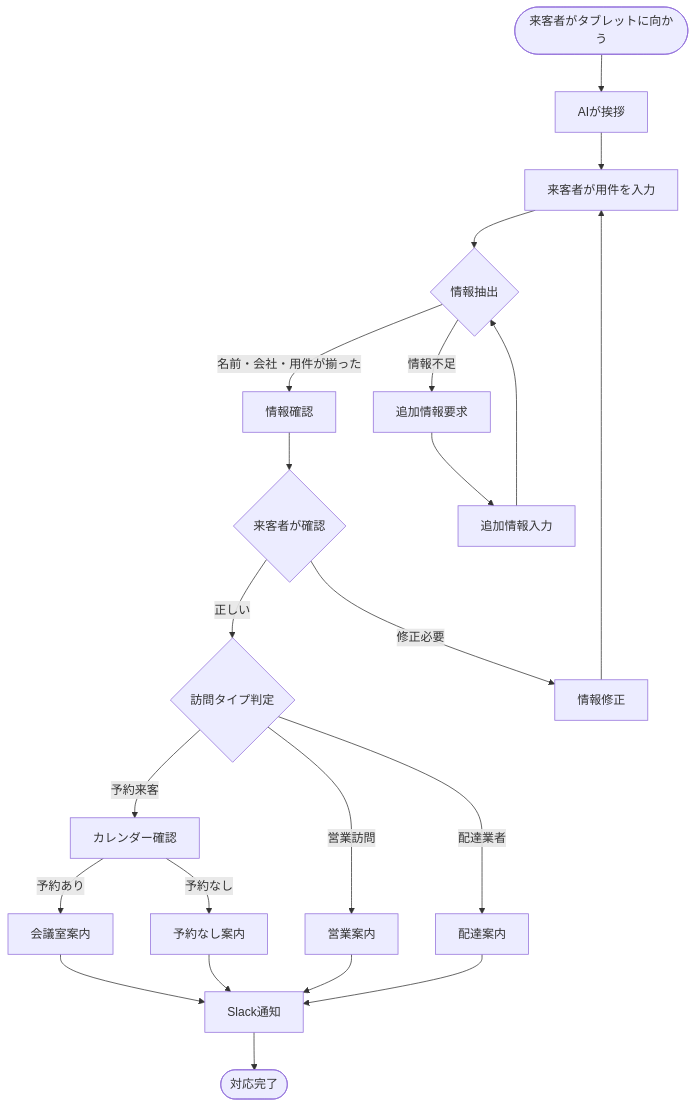
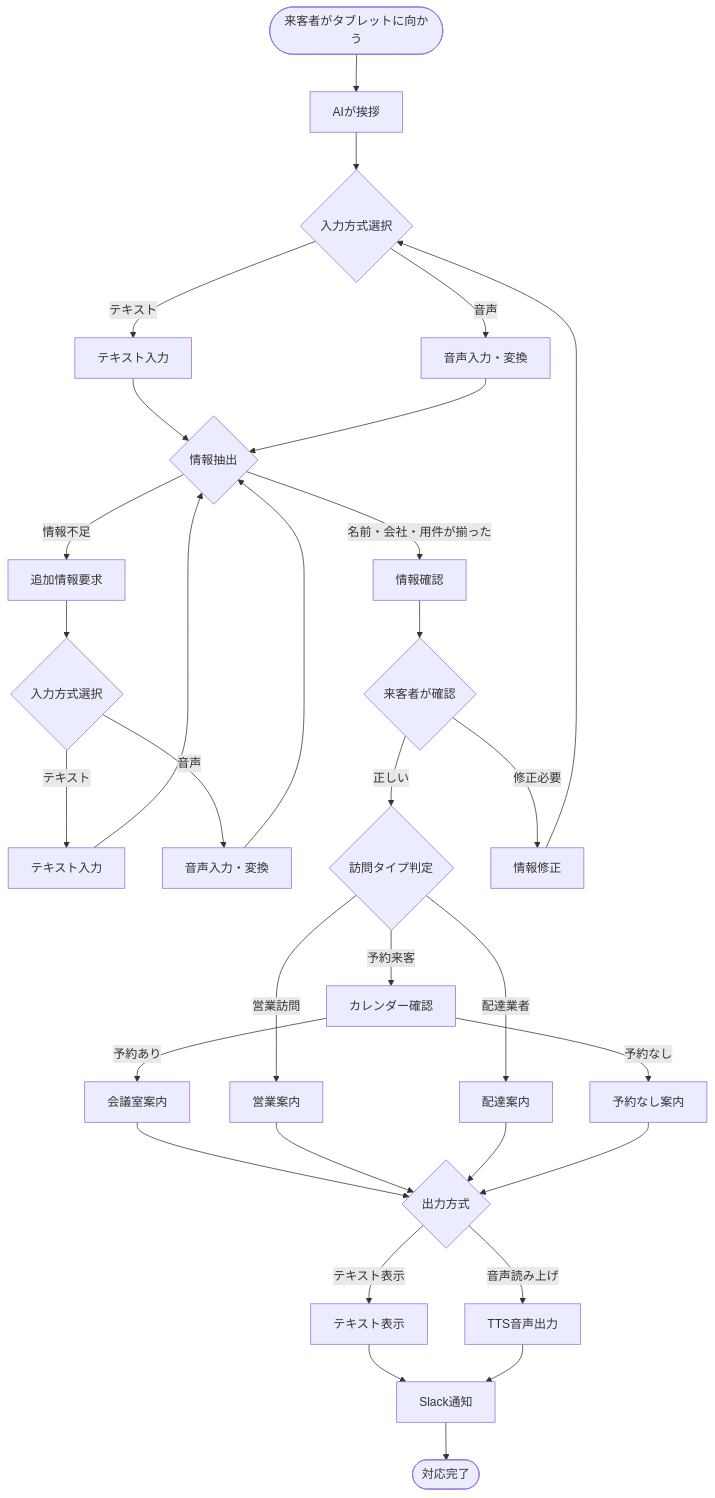
The second of 4 diagrams in README.md (hossiiii/ai-reception), drawn with Mermaid before and after one commit. The commit also changed other lines of this file and 3 other files, not shown here.

````diff
--- a/README.md
+++ b/README.md
@@ -421,34 +464,47 @@
 ```mermaid
 flowchart TD
     Start([来客者がタブレットに向かう])
     
     Start --> Greeting[AIが挨拶]
-    Greeting --> UserInput[来客者が用件を入力]
+    Greeting --> InputChoice{入力方式選択}
     
-    UserInput --> InfoExtract{情報抽出}
+    InputChoice -->|テキスト| TextInput[テキスト入力]
+    InputChoice -->|音声| VoiceInput[音声入力・変換]
+    
+    TextInput --> InfoExtract{情報抽出}
+    VoiceInput --> InfoExtract
     
     InfoExtract -->|名前・会社・用件が揃った| Confirm[情報確認]
     InfoExtract -->|情報不足| AskMore[追加情報要求]
     
-    AskMore --> UserInput2[追加情報入力]
-    UserInput2 --> InfoExtract
+    AskMore --> InputChoice2{入力方式選択}
+    InputChoice2 -->|テキスト| TextInput2[テキスト入力]
+    InputChoice2 -->|音声| VoiceInput2[音声入力・変換]
+    TextInput2 --> InfoExtract
+    VoiceInput2 --> InfoExtract
     
     Confirm --> UserConfirm{来客者が確認}
     UserConfirm -->|正しい| TypeCheck{訪問タイプ判定}
     UserConfirm -->|修正必要| Correction[情報修正]
-    Correction --> UserInput
+    Correction --> InputChoice
     
     TypeCheck -->|予約来客| CalendarCheck[カレンダー確認]
     TypeCheck -->|営業訪問| SalesGuidance[営業案内]
     TypeCheck -->|配達業者| DeliveryGuidance[配達案内]
     
     CalendarCheck -->|予約あり| MeetingGuidance[会議室案内]
     CalendarCheck -->|予約なし| NoAppointment[予約なし案内]
     
-    MeetingGuidance --> SlackNotify[Slack通知]
-    SalesGuidance --> SlackNotify
-    DeliveryGuidance --> SlackNotify
-    NoAppointment --> SlackNotify
+    MeetingGuidance --> OutputChoice{出力方式}
+    SalesGuidance --> OutputChoice
+    DeliveryGuidance --> OutputChoice
+    NoAppointment --> OutputChoice
+    
+    OutputChoice -->|テキスト表示| TextOutput[テキスト表示]
+    OutputChoice -->|音声読み上げ| TTSOutput[TTS音声出力]
+    
+    TextOutput --> SlackNotify[Slack通知]
+    TTSOutput --> SlackNotify
     
     SlackNotify --> End([対応完了])
 ```
````
